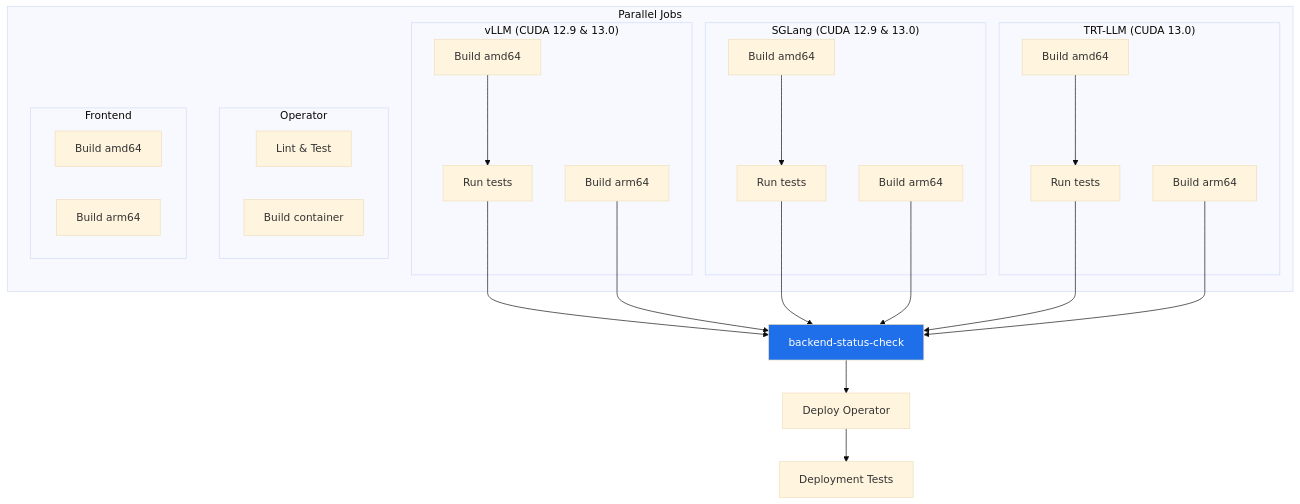
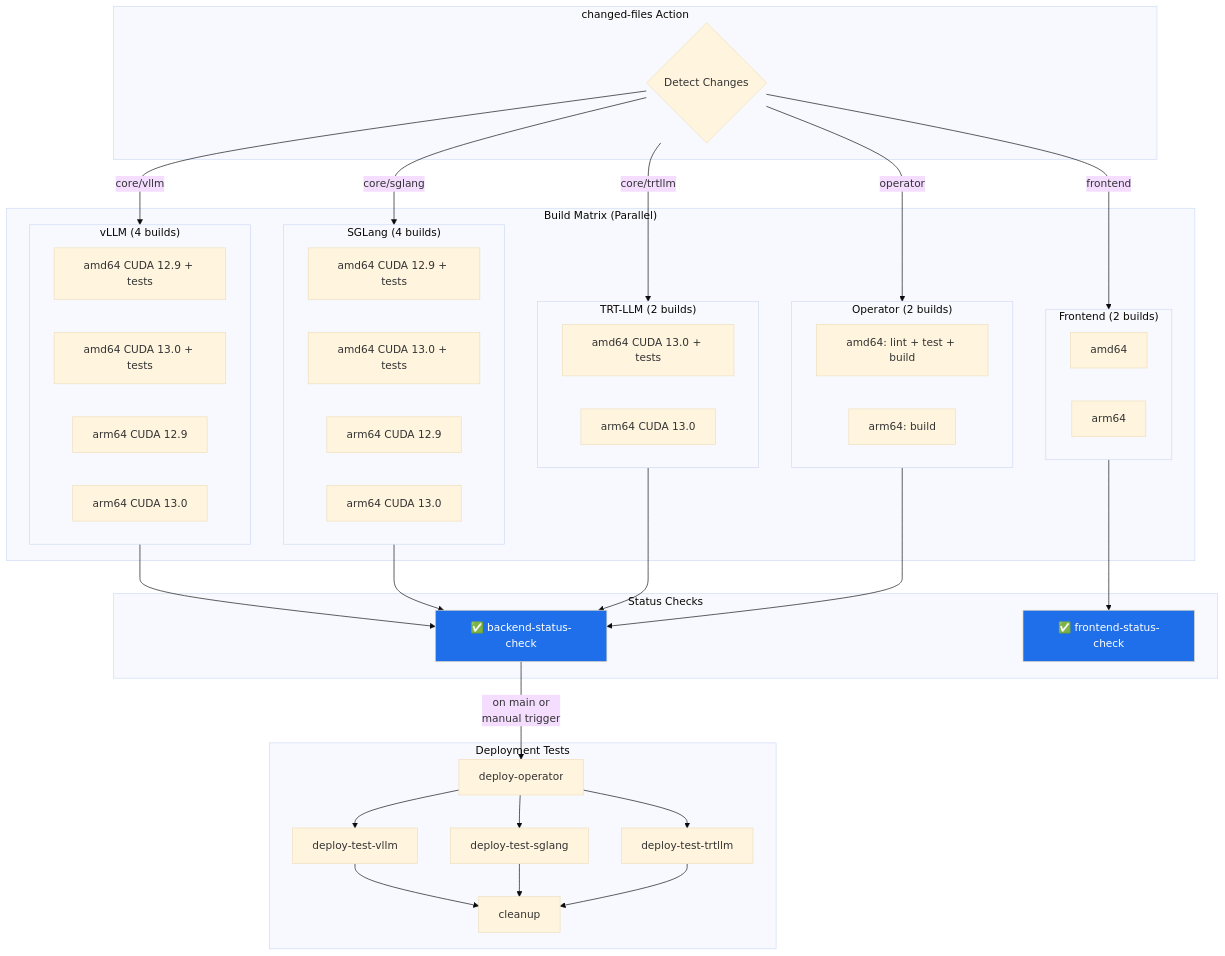
The fourth of 5 diagrams in .github/PR_WORKFLOW.md (ai-dynamo/dynamo), drawn with Mermaid (base theme) before and after one commit. The commit also changed other lines of this file and 2 other files, not shown here.

````diff
--- a/.github/PR_WORKFLOW.md
+++ b/.github/PR_WORKFLOW.md
@@ -106,35 +179,66 @@
 ```mermaid
 flowchart TD
-    subgraph Parallel["Parallel Jobs"]
-        subgraph vLLM["vLLM (CUDA 12.9 & 13.0)"]
-            V1[Build amd64] --> V2[Run tests]
-            V3[Build arm64]
+    subgraph Detection["changed-files Action"]
+        CF{Detect Changes}
+    end
+
+    subgraph Matrix["Build Matrix (Parallel)"]
+        subgraph vLLM["vLLM (4 builds)"]
+            V1[amd64 CUDA 12.9 + tests]
+            V2[amd64 CUDA 13.0 + tests]
+            V3[arm64 CUDA 12.9]
+            V4[arm64 CUDA 13.0]
         end
 
-        subgraph SGLang["SGLang (CUDA 12.9 & 13.0)"]
-            S1[Build amd64] --> S2[Run tests]
-            S3[Build arm64]
+        subgraph SGLang["SGLang (4 builds)"]
+            S1[amd64 CUDA 12.9 + tests]
+            S2[amd64 CUDA 13.0 + tests]
+            S3[arm64 CUDA 12.9]
+            S4[arm64 CUDA 13.0]
         end
 
-        subgraph TRT["TRT-LLM (CUDA 13.0)"]
-            T1[Build amd64] --> T2[Run tests]
-            T3[Build arm64]
+        subgraph TRT["TRT-LLM (2 builds)"]
+            T1[amd64 CUDA 13.0 + tests]
+            T2[arm64 CUDA 13.0]
         end
 
-        subgraph Operator["Operator"]
-            O1[Lint & Test]
-            O2[Build container]
+        subgraph Operator["Operator (2 builds)"]
+            O1[amd64: lint + test + build]
+            O2[arm64: build]
         end
         
-        subgraph Frontend["Frontend"]
-            F1[Build amd64]
-            F2[Build arm64]
+        subgraph Frontend["Frontend (2 builds)"]
+            F1[amd64]
+            F2[arm64]
         end
     end
 
-    V2 & V3 & S2 & S3 & T2 & T3 --> Check[backend-status-check]
-    Check --> Deploy[Deploy Operator]
-    Deploy --> DT[Deployment Tests]
+    subgraph Status["Status Checks"]
+        BS[✅ backend-status-check]
+        FS[✅ frontend-status-check]
+    end
 
-    style Check fill:#1f6feb,color:#fff
+    subgraph Deploy["Deployment Tests"]
+        D1[deploy-operator]
+        D2[deploy-test-vllm]
+        D3[deploy-test-sglang]
+        D4[deploy-test-trtllm]
+        D5[cleanup]
+    end
+
+    CF -->|core/vllm| vLLM
+    CF -->|core/sglang| SGLang
+    CF -->|core/trtllm| TRT
+    CF -->|operator| Operator
+    CF -->|frontend| Frontend
+    
+    vLLM & SGLang & TRT & Operator --> BS
+    Frontend --> FS
+    
+    BS -->|on main or<br/>manual trigger| D1
+    D1 --> D2 & D3 & D4
+    D2 & D3 & D4 --> D5
+
+    style BS fill:#1f6feb,color:#fff
+    style FS fill:#1f6feb,color:#fff
 ```
````
